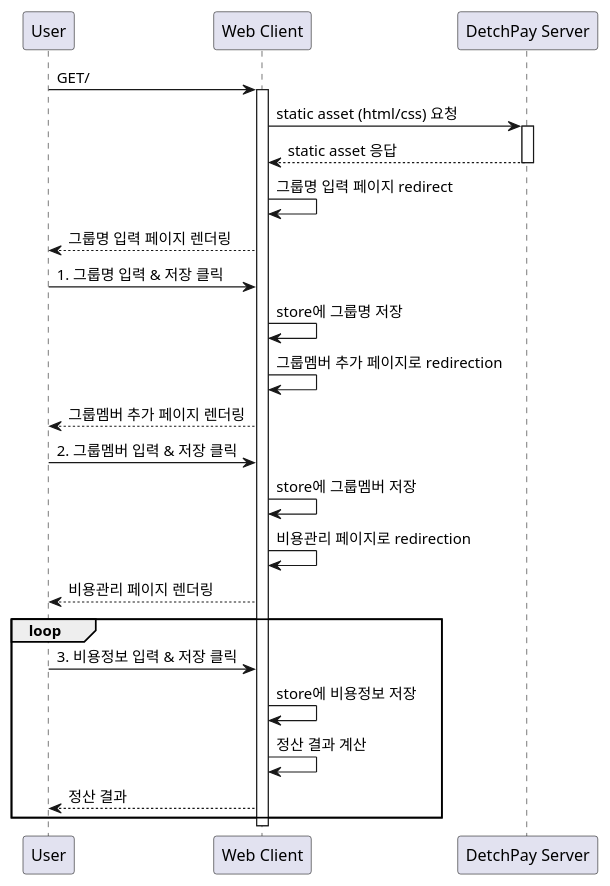
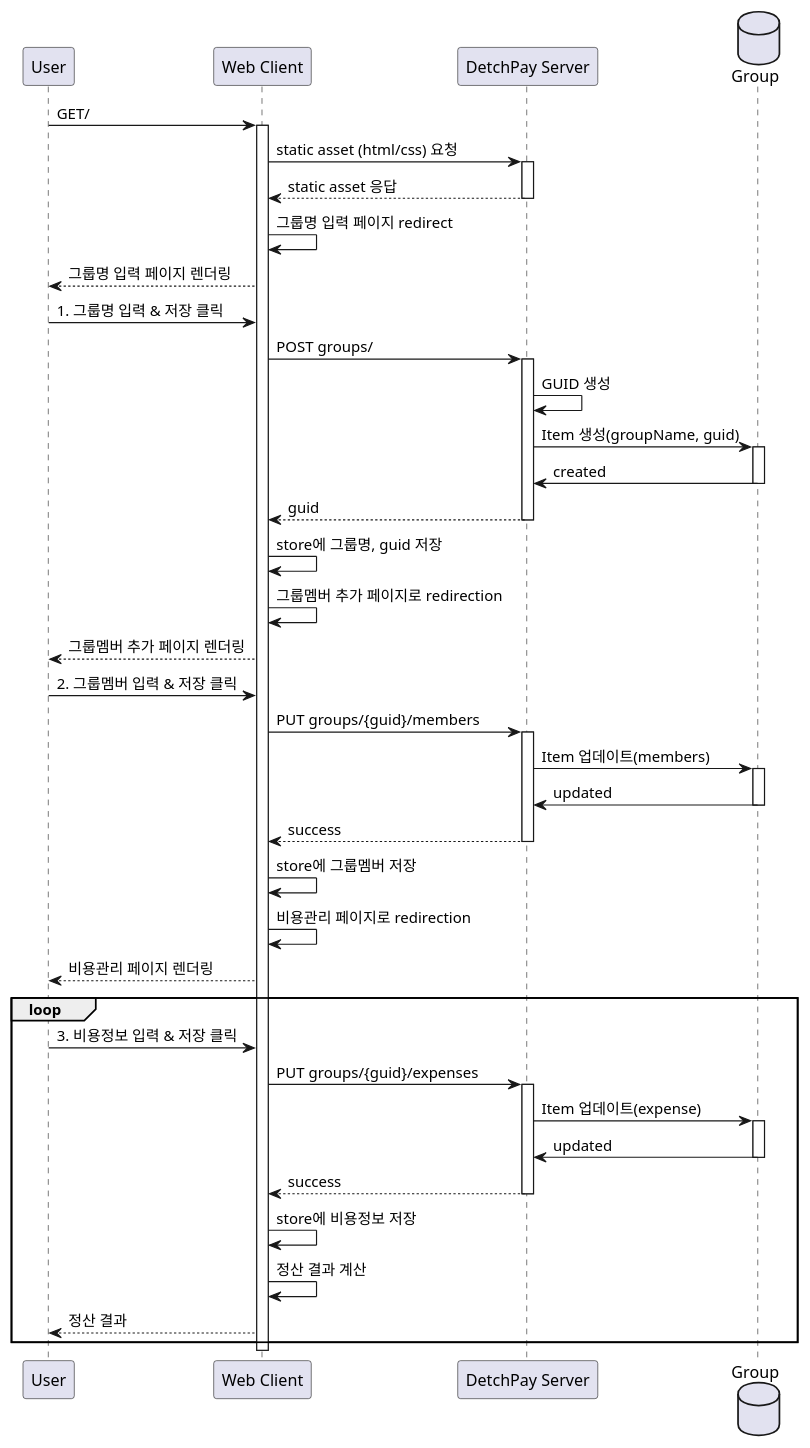
Before and after one commit to horeijin/manapay: the diagram in docs/sequence_diagram.plantuml, drawn with PlantUML. The commit also changed 35 other files, not shown here.

```diff
--- a/docs/sequence_diagram.plantuml
+++ b/docs/sequence_diagram.plantuml
@@ -1,35 +1,68 @@
 @startuml
 participant User
 participant "Web Client" as C
 participant "DetchPay Server" as S
+database "Group" as db
 
 User -> C : GET/
 
 activate C
 C -> S : static asset (html/css) 요청
 
 activate S
 S --> C : static asset 응답
 deactivate S
 
 C -> C : 그룹명 입력 페이지 redirect
 C --> User : 그룹명 입력 페이지 렌더링
+
 User -> C : 1. 그룹명 입력 & 저장 클릭
-C -> C : store에 그룹명 저장
+C -> S : POST groups/
 
+activate S
+S -> S : GUID 생성
+S -> db : Item 생성(groupName, guid)
+activate db
+db -> S : created
+deactivate db
+S --> C : guid
+deactivate S
+
+C -> C : store에 그룹명, guid 저장
 C -> C : 그룹멤버 추가 페이지로 redirection
+
 C --> User : 그룹멤버 추가 페이지 렌더링
+
 User -> C : 2. 그룹멤버 입력 & 저장 클릭
+C -> S : PUT groups/{guid}/members
+
+activate S
+S -> db : Item 업데이트(members)
+activate db
+db -> S : updated
+deactivate db
+S --> C : success
+deactivate S
+
 C -> C : store에 그룹멤버 저장
 
 C -> C : 비용관리 페이지로 redirection
 C --> User : 비용관리 페이지 렌더링
 loop
     User -> C : 3. 비용정보 입력 & 저장 클릭
+    C -> S : PUT groups/{guid}/expenses
+    activate S
+    S -> db : Item 업데이트(expense)
+    activate db
+    db -> S : updated
+    deactivate db
+    S --> C : success
+    deactivate S
+
     C -> C : store에 비용정보 저장
     C -> C : 정산 결과 계산
     C --> User : 정산 결과 
 end
 deactivate C
 
 @enduml
```
